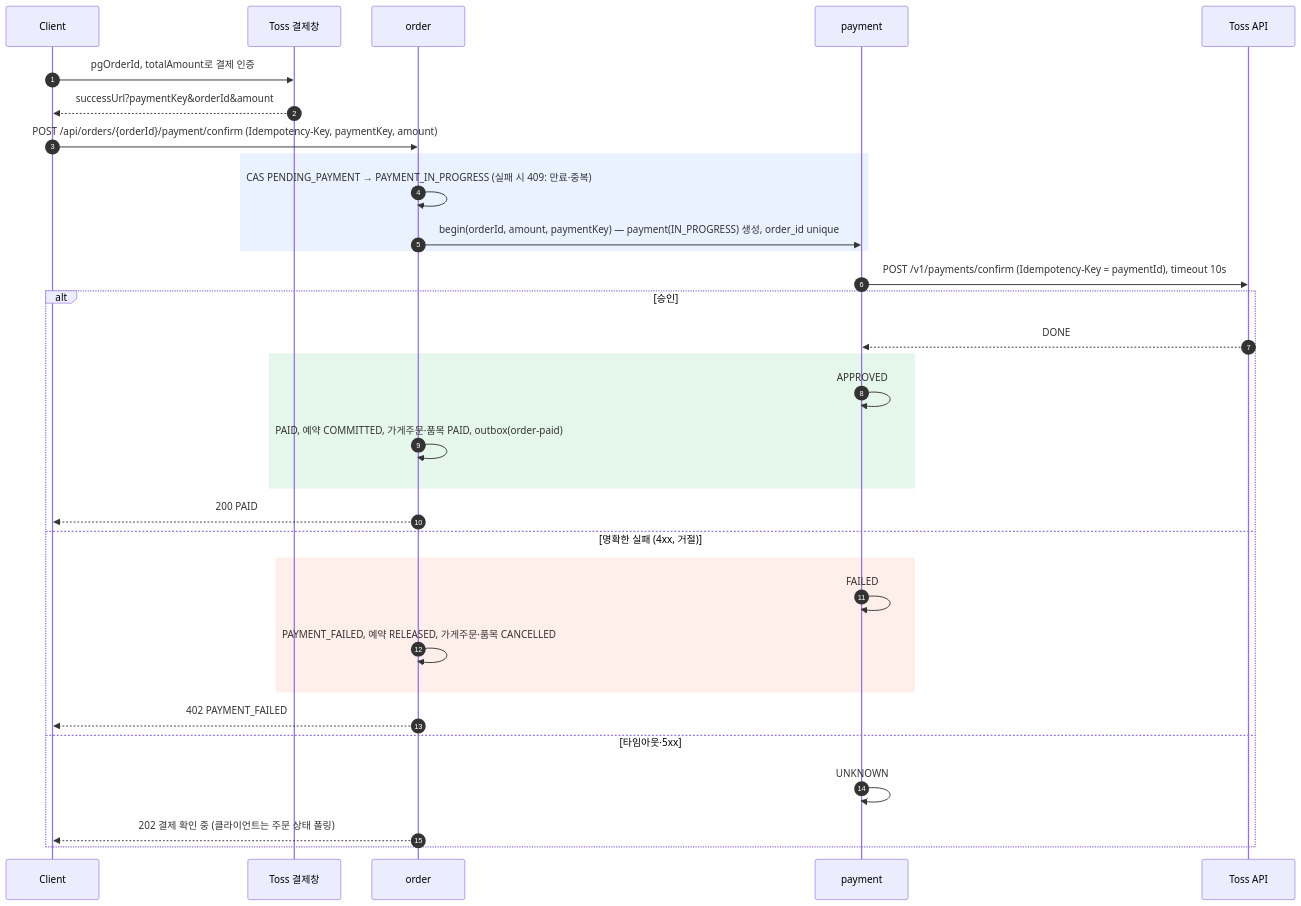
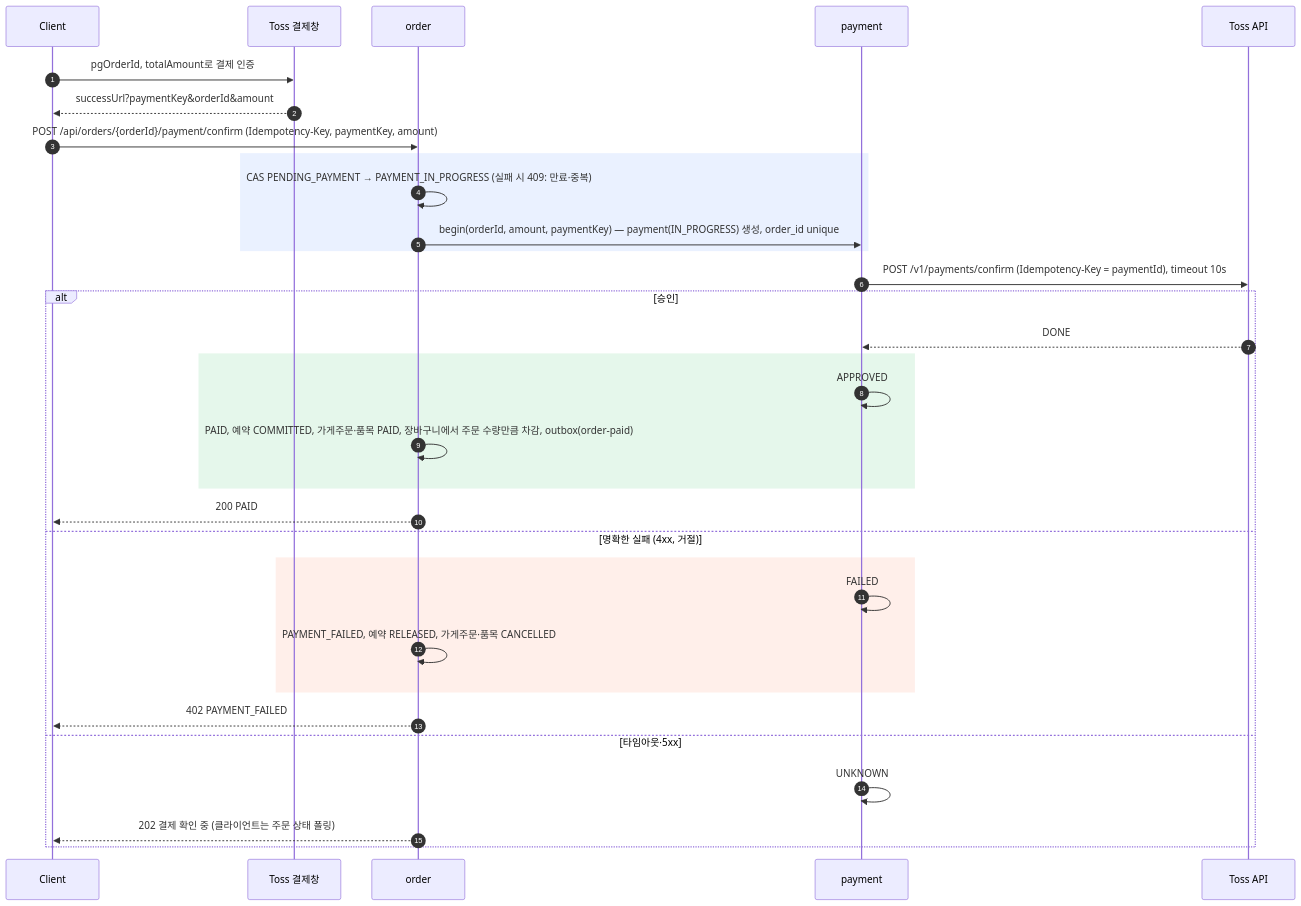
Before and after one commit to 95twan/myroutine-v2: the second of 10 diagrams in docs/02-design/06-sequences.md, drawn with Mermaid. The commit also changed other lines of this file and 77 other files, not shown here.

````diff
--- a/docs/02-design/06-sequences.md
+++ b/docs/02-design/06-sequences.md
@@ -33,34 +36,34 @@
 ```mermaid
 sequenceDiagram
   autonumber
   participant C as Client
   participant T as Toss 결제창
   participant O as order
   participant P as payment
   participant PG as Toss API
   C->>T: pgOrderId, totalAmount로 결제 인증
   T-->>C: successUrl?paymentKey&orderId&amount
   C->>O: POST /api/orders/{orderId}/payment/confirm (Idempotency-Key, paymentKey, amount)
   rect rgba(80,140,255,0.12)
     O->>O: CAS PENDING_PAYMENT → PAYMENT_IN_PROGRESS (실패 시 409: 만료·중복)
     O->>P: begin(orderId, amount, paymentKey) — payment(IN_PROGRESS) 생성, order_id unique
   end
   P->>PG: POST /v1/payments/confirm (Idempotency-Key = paymentId), timeout 10s
   alt 승인
     PG-->>P: DONE
     rect rgba(80,200,120,0.15)
       P->>P: APPROVED
-      O->>O: PAID, 예약 COMMITTED, 가게주문·품목 PAID, outbox(order-paid)
+      O->>O: PAID, 예약 COMMITTED, 가게주문·품목 PAID, 장바구니에서 주문 수량만큼 차감, outbox(order-paid)
     end
     O-->>C: 200 PAID
   else 명확한 실패 (4xx, 거절)
     rect rgba(255,120,80,0.12)
       P->>P: FAILED
       O->>O: PAYMENT_FAILED, 예약 RELEASED, 가게주문·품목 CANCELLED
     end
     O-->>C: 402 PAYMENT_FAILED
   else 타임아웃·5xx
     P->>P: UNKNOWN
     O-->>C: 202 결제 확인 중 (클라이언트는 주문 상태 폴링)
   end
 ```
````
